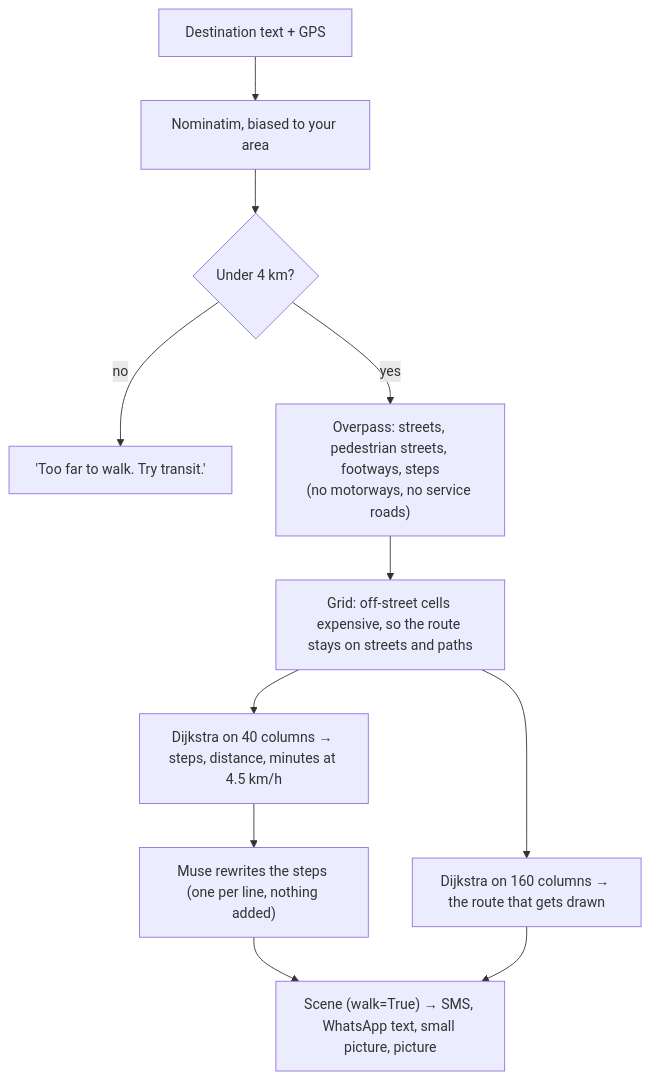
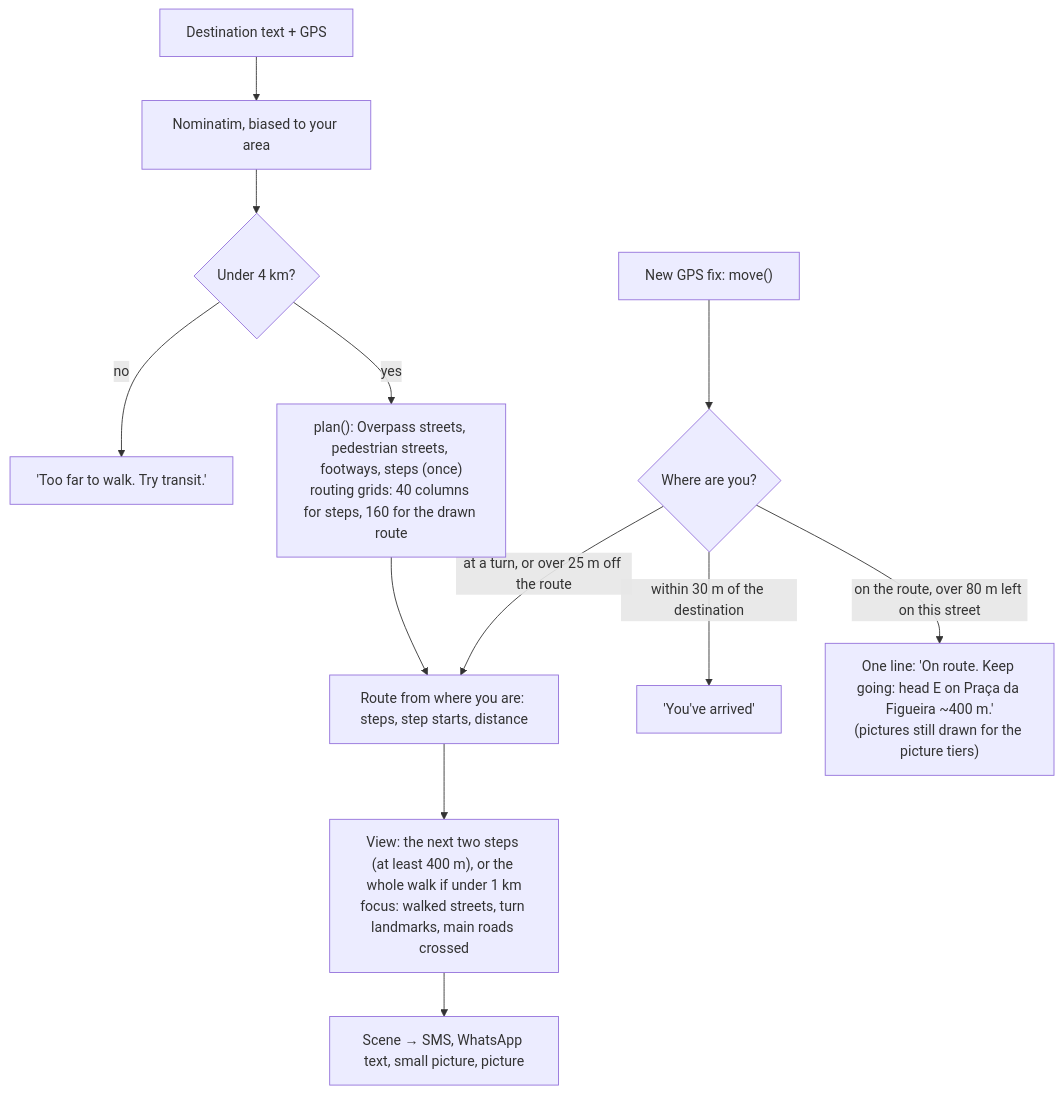
One commit to JacobOuyang/MapsImagesText changed the seventh of 8 diagrams in README.md. Above: the diagram before and after it, drawn with Mermaid. The commit also changed other lines of this file and 17 other files, not shown here.

First line of the commit message:
Maps and photos show only what matters; walks update as you move

````diff
--- a/README.md
+++ b/README.md
@@ -619,12 +796,14 @@
 ```mermaid
 flowchart TD
   A["Destination text + GPS"] --> B["Nominatim, biased to your area"]
   B --> C{"Under 4 km?"}
   C -- no --> X["'Too far to walk. Try transit.'"]
-  C -- yes --> D["Overpass: streets, pedestrian streets, footways, steps<br/>(no motorways, no service roads)"]
-  D --> E["Grid: off-street cells expensive, so the route stays on streets and paths"]
-  E --> F["Dijkstra on 40 columns → steps, distance, minutes at 4.5 km/h"]
-  E --> F2["Dijkstra on 160 columns → the route that gets drawn"]
-  F --> G["Muse rewrites the steps (one per line, nothing added)"]
-  G & F2 --> S["Scene (walk=True) → SMS, WhatsApp text, small picture, picture"]
+  C -- yes --> D["plan(): Overpass streets, pedestrian streets, footways, steps (once)<br/>routing grids: 40 columns for steps, 160 for the drawn route"]
+  D --> R["Route from where you are: steps, step starts, distance"]
+  R --> V["View: the next two steps (at least 400 m), or the whole walk if under 1 km<br/>focus: walked streets, turn landmarks, main roads crossed"]
+  V --> S["Scene → SMS, WhatsApp text, small picture, picture"]
+  G["New GPS fix: move()"] --> Q{"Where are you?"}
+  Q -- "within 30 m of the destination" --> AR["'You've arrived'"]
+  Q -- "on the route, over 80 m left on this street" --> K["One line: 'On route. Keep going: head E on Praça da Figueira ~400 m.'<br/>(pictures still drawn for the picture tiers)"]
+  Q -- "at a turn, or over 25 m off the route" --> R
 ```
````
